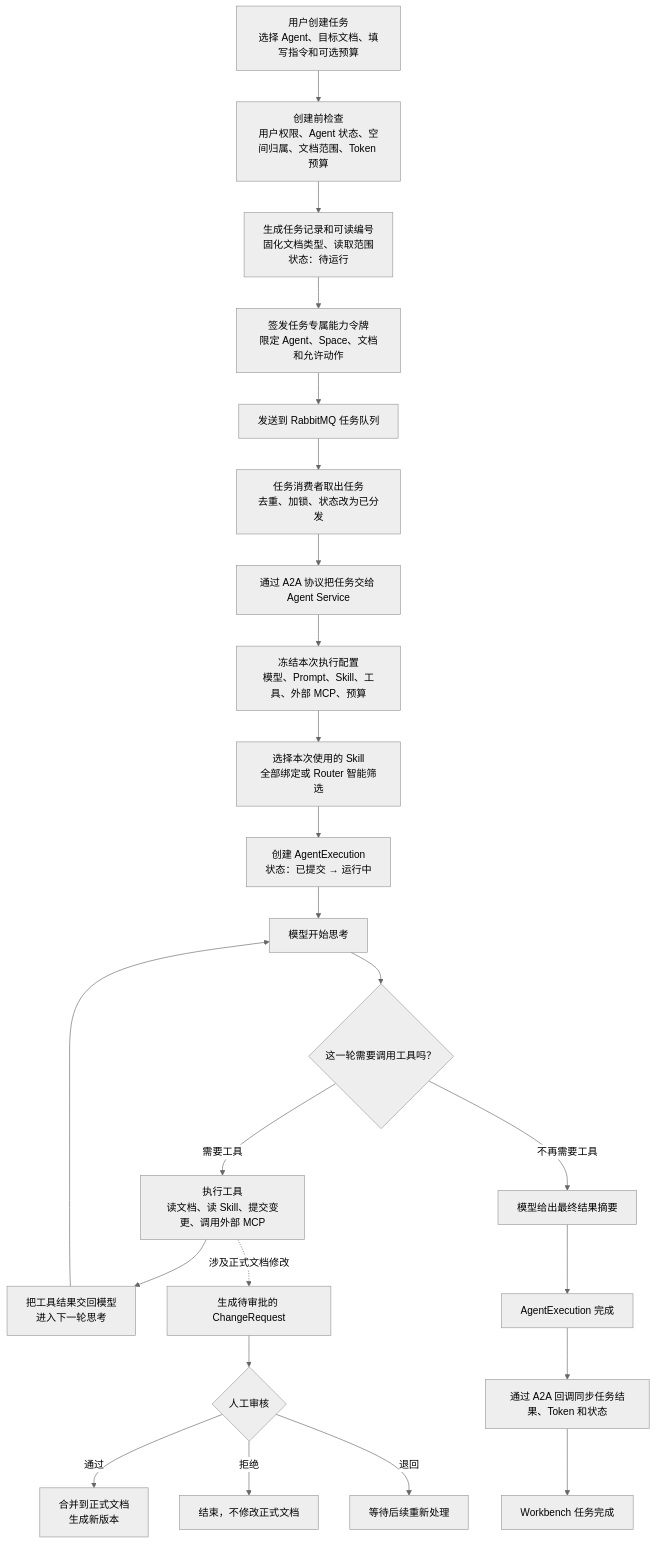
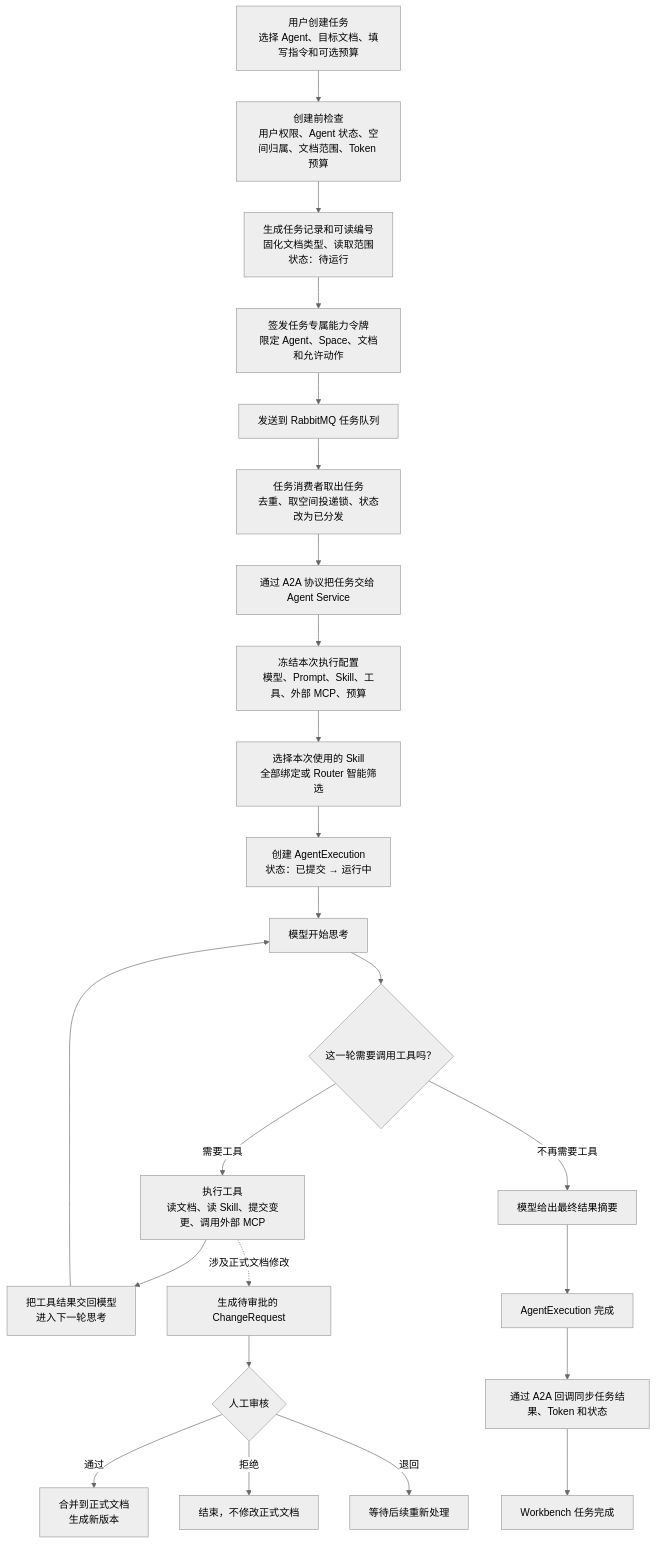
One commit to xiaowu0203/Agent-Doc-Workbench changed the first of 2 diagrams in docs/agent-task-execution-guide.md. Above: the diagram before and after it, drawn with Mermaid (neutral theme). The commit also changed other lines of this file and 10 other files, not shown here.

````diff
--- a/docs/agent-task-execution-guide.md
+++ b/docs/agent-task-execution-guide.md
@@ -13,31 +13,31 @@
 ```mermaid
 flowchart TD
     A["用户创建任务<br/>选择 Agent、目标文档、填写指令和可选预算"]
     B["创建前检查<br/>用户权限、Agent 状态、空间归属、文档范围、Token 预算"]
     C["生成任务记录和可读编号<br/>固化文档类型、读取范围<br/>状态：待运行"]
     D["签发任务专属能力令牌<br/>限定 Agent、Space、文档和允许动作"]
     E["发送到 RabbitMQ 任务队列"]
-    F["任务消费者取出任务<br/>去重、加锁、状态改为已分发"]
+    F["任务消费者取出任务<br/>去重、取空间投递锁、状态改为已分发"]
     G["通过 A2A 协议把任务交给 Agent Service"]
     H["冻结本次执行配置<br/>模型、Prompt、Skill、工具、外部 MCP、预算"]
     I["选择本次使用的 Skill<br/>全部绑定或 Router 智能筛选"]
     J["创建 AgentExecution<br/>状态：已提交 → 运行中"]
     K["模型开始思考"]
     L{"这一轮需要调用工具吗？"}
     M["执行工具<br/>读文档、读 Skill、提交变更、调用外部 MCP"]
     N["把工具结果交回模型<br/>进入下一轮思考"]
     O["模型给出最终结果摘要"]
     P["AgentExecution 完成"]
     Q["通过 A2A 回调同步任务结果、Token 和状态"]
     R["Workbench 任务完成"]
 
     A --> B --> C --> D --> E --> F --> G --> H --> I --> J --> K --> L
     L -- "需要工具" --> M --> N --> K
     L -- "不再需要工具" --> O --> P --> Q --> R
 
     M -. "涉及正式文档修改" .-> S["生成待审批的 ChangeRequest"]
     S --> T{"人工审核"}
     T -- "通过" --> U["合并到正式文档<br/>生成新版本"]
     T -- "拒绝" --> V["结束，不修改正式文档"]
     T -- "退回" --> W["等待后续重新处理"]
 ```
````
